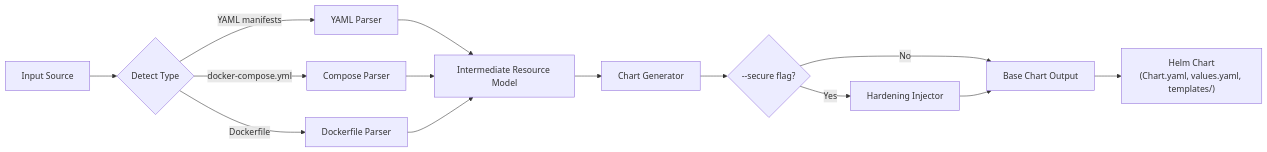
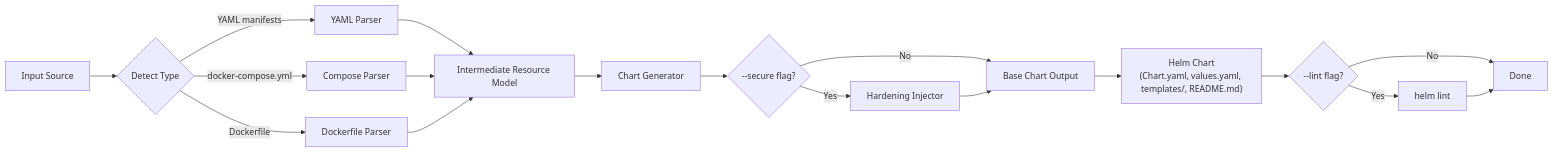
Before and after one commit to KADHIRAVANEG/Helmify: the first of 2 diagrams in README.md, drawn with Mermaid. The commit also changed other lines of this file, not shown here.

Commit message:
docs: v1.0 README covering all input modes and roadmap

````diff
--- a/README.md
+++ b/README.md
@@ -25,19 +43,23 @@
 ```mermaid
 flowchart LR
     A[Input Source] --> B{Detect Type}
     B -->|YAML manifests| C[YAML Parser]
     B -->|docker-compose.yml| D[Compose Parser]
     B -->|Dockerfile| E[Dockerfile Parser]
 
     C --> F[Intermediate Resource Model]
     D --> F
     E --> F
 
     F --> G[Chart Generator]
     G --> H{--secure flag?}
     H -->|Yes| I[Hardening Injector]
     H -->|No| J[Base Chart Output]
     I --> J
 
-    J --> K["Helm Chart\n(Chart.yaml, values.yaml, templates/)"]
+    J --> K["Helm Chart\n(Chart.yaml, values.yaml, templates/, README.md)"]
+    K --> L{--lint flag?}
+    L -->|Yes| M[helm lint]
+    L -->|No| N[Done]
+    M --> N
 ```
````
